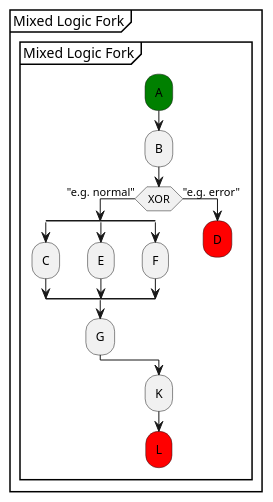
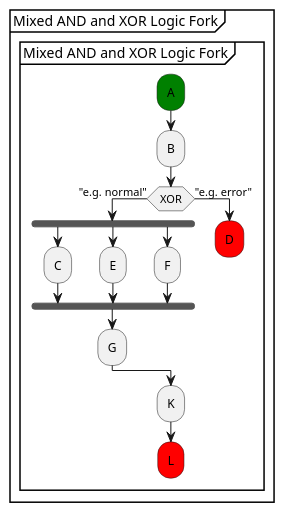
The diagram in models/SequenceVerificationDataCentric/puml/Tutorial_8.puml (xtuml/munin), drawn with PlantUML before and after one commit. The commit also changed 21 other files, not shown here.

```diff
--- a/models/SequenceVerificationDataCentric/puml/Tutorial_8.puml
+++ b/models/SequenceVerificationDataCentric/puml/Tutorial_8.puml
@@ -7,24 +7,24 @@
 @startuml 
-partition "Mixed Logic Fork" {
-group "Mixed Logic Fork"
+partition "Mixed AND and XOR Logic Fork" {
+group "Mixed AND and XOR Logic Fork"
       #green:A;
       :B;
   if (XOR) then ("e.g. normal")
-    split
+    fork
       :C;
-    split again  
+    fork again  
       :E;
-    split again  
+    fork again  
       :F;
-    end split  
+    end fork  
       :G;
   else ("e.g. error")
       #red:D;
       detach
   endif
       :K;
       #red:L;
       detach
 end group
 }      
 @enduml
```
